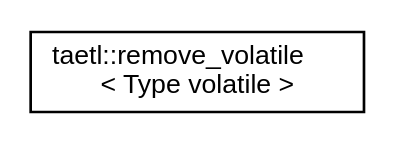
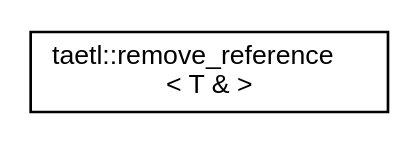
The diagram in inherit_graph_40.dot (tobanteAudio/taetl), drawn with Graphviz before and after one commit. The commit also changed 127 other files, not shown here.

```diff
--- a/inherit_graph_40.dot
+++ b/inherit_graph_40.dot
@@ -1,7 +1,7 @@
 digraph "Graphical Class Hierarchy"
 {
   edge [fontname="Helvetica",fontsize="10",labelfontname="Helvetica",labelfontsize="10"];
   node [fontname="Helvetica",fontsize="10",shape=record];
   rankdir="LR";
-  Node0 [label="taetl::remove_volatile\l\< Type volatile \>",height=0.2,width=0.4,color="black", fillcolor="white", style="filled",URL="$structtaetl_1_1remove__volatile_3_01Type_01volatile_01_4.html"];
+  Node0 [label="taetl::remove_reference\l\< T & \>",height=0.2,width=0.4,color="black", fillcolor="white", style="filled",URL="$structtaetl_1_1remove__reference_3_01T_01_6_01_4.html"];
 }
```
